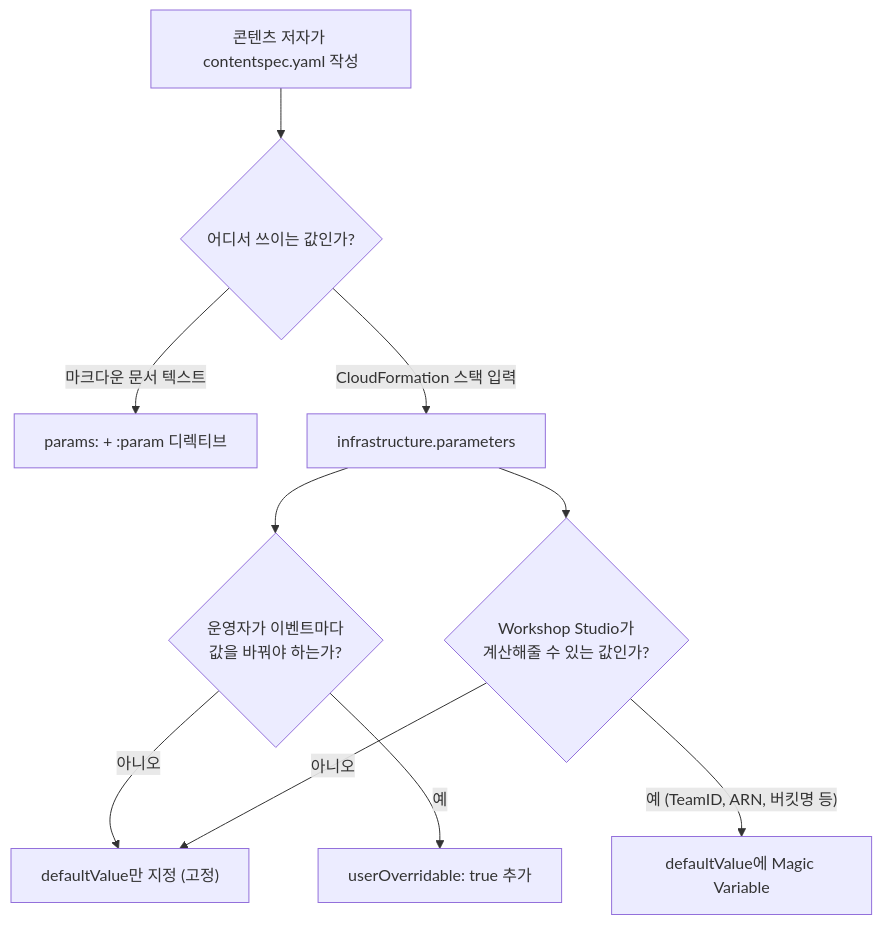
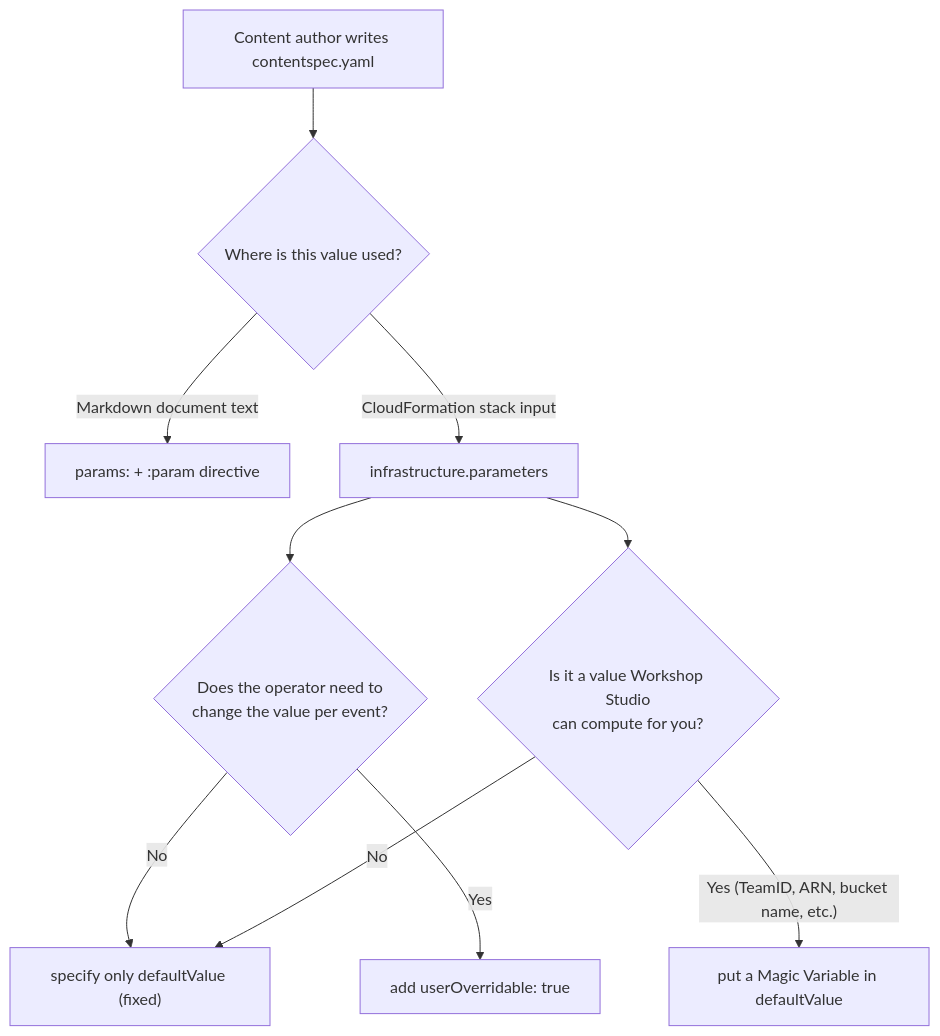
Before and after one commit to Atom-oh/oh-my-cloud-skills: the diagram in plugins/aws-content-plugin/skills/workshop-creator/references/event-params-guide.md, drawn with Mermaid. The commit also changed other lines of this file and 91 other files, not shown here.

````diff
--- a/plugins/aws-content-plugin/skills/workshop-creator/references/event-params-guide.md
+++ b/plugins/aws-content-plugin/skills/workshop-creator/references/event-params-guide.md
@@ -15,12 +17,12 @@
 ```mermaid
 flowchart TD
-    A["콘텐츠 저자가 contentspec.yaml 작성"] --> B{"어디서 쓰이는 값인가?"}
-    B -->|"마크다운 문서 텍스트"| C["params: + :param 디렉티브"]
-    B -->|"CloudFormation 스택 입력"| D["infrastructure.parameters"]
-    D --> E{"운영자가 이벤트마다<br/>값을 바꿔야 하는가?"}
-    E -->|"아니오"| F["defaultValue만 지정 (고정)"]
-    E -->|"예"| G["userOverridable: true 추가"]
-    D --> H{"Workshop Studio가<br/>계산해줄 수 있는 값인가?"}
-    H -->|"예 (TeamID, ARN, 버킷명 등)"| I["defaultValue에 Magic Variable"]
-    H -->|"아니오"| F
+    A["Content author writes contentspec.yaml"] --> B{"Where is this value used?"}
+    B -->|"Markdown document text"| C["params: + :param directive"]
+    B -->|"CloudFormation stack input"| D["infrastructure.parameters"]
+    D --> E{"Does the operator need to<br/>change the value per event?"}
+    E -->|"No"| F["specify only defaultValue (fixed)"]
+    E -->|"Yes"| G["add userOverridable: true"]
+    D --> H{"Is it a value Workshop Studio<br/>can compute for you?"}
+    H -->|"Yes (TeamID, ARN, bucket name, etc.)"| I["put a Magic Variable in defaultValue"]
+    H -->|"No"| F
 ```
````
